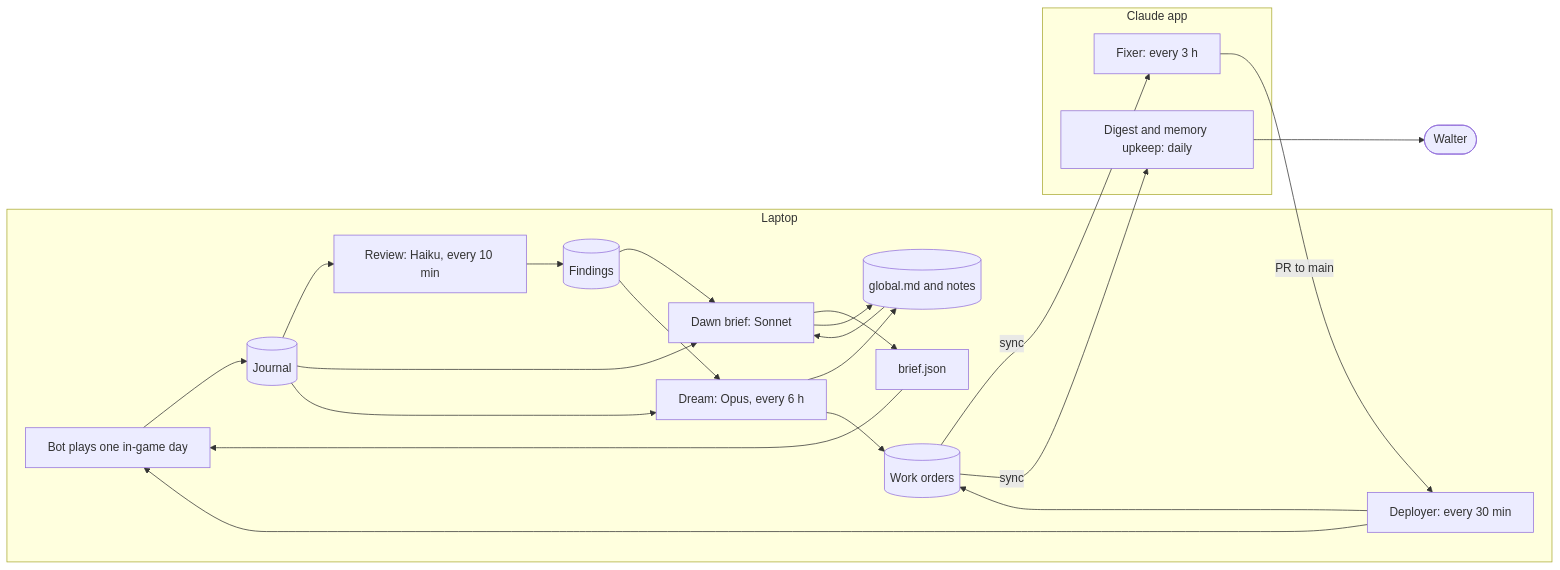
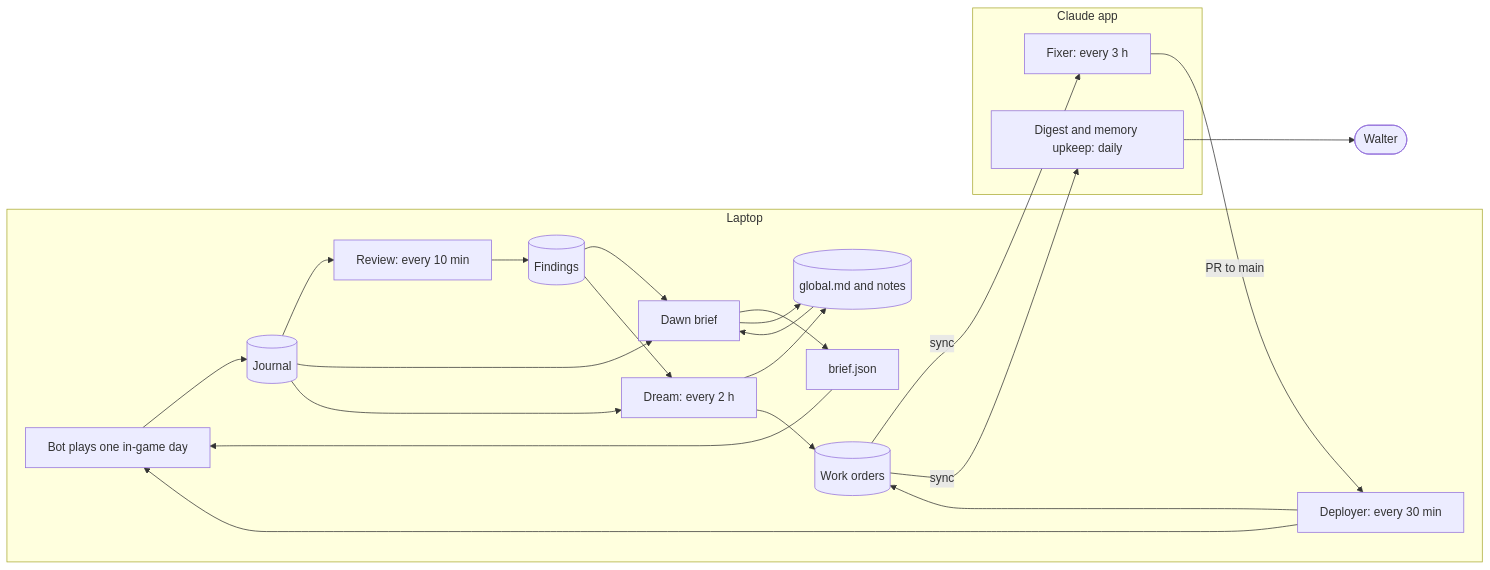
The diagram in docs/MEMORY-LOOP.md (wojoe-444/MC-Player), drawn with Mermaid before and after one commit. The commit also changed other lines of this file and 9 other files, not shown here.

First line of the commit message:
Journal: one searchable record per bot per day, with a day rollup (memory loop job 1); plan moves every scheduled job to Haiku 5.5 XHigh

````diff
--- a/docs/MEMORY-LOOP.md
+++ b/docs/MEMORY-LOOP.md
@@ -177,28 +177,28 @@
 ```mermaid
 flowchart LR
   subgraph laptop [Laptop]
     play["Bot plays one in-game day"] --> journal[("Journal")]
-    journal --> review["Review: Haiku, every 10 min"]
+    journal --> review["Review: every 10 min"]
     review --> findings[("Findings")]
-    journal --> brief["Dawn brief: Sonnet"]
+    journal --> brief["Dawn brief"]
     findings --> brief
     memory[("global.md and notes")] --> brief
     brief --> plan["brief.json"]
     brief --> memory
     plan --> play
-    journal --> dream["Dream: Opus, every 6 h"]
+    journal --> dream["Dream: every 2 h"]
     findings --> dream
     dream --> memory
     dream --> orders[("Work orders")]
     deployer["Deployer: every 30 min"] --> play
     deployer --> orders
   end
   subgraph app [Claude app]
     fixer["Fixer: every 3 h"]
     digest["Digest and memory upkeep: daily"]
   end
   orders -- sync --> fixer
   orders -- sync --> digest
   fixer -- "PR to main" --> deployer
   digest --> walter(["Walter"])
 ```
````
